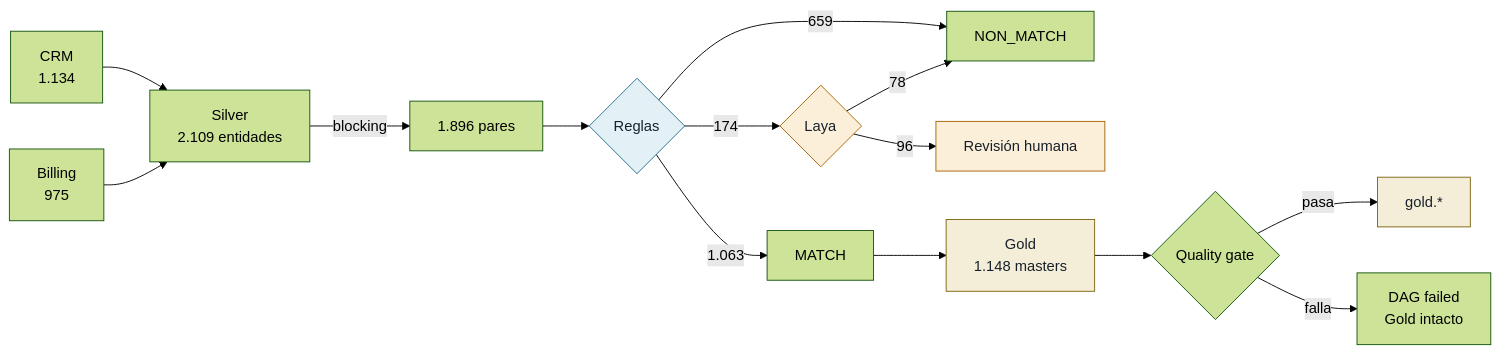
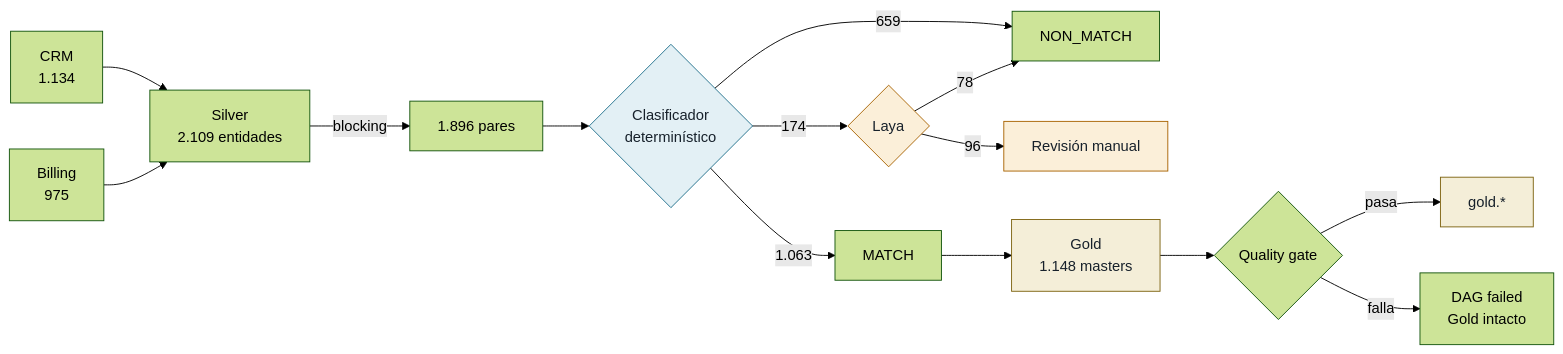
Before and after one commit to damian-bit/entity-resolution-poc: the first of 2 diagrams in README.md, drawn with Mermaid (forest theme). The commit also changed other lines of this file, not shown here.

````diff
--- a/README.md
+++ b/README.md
@@ -17,23 +26,23 @@
 ```mermaid
 flowchart LR
     CRM["CRM<br/>1.134"] --> S["Silver<br/>2.109 entidades"]
     BIL["Billing<br/>975"] --> S
     S -->|blocking| P["1.896 pares"]
-    P --> R{"Reglas"}
+    P --> R{"Clasificador<br/>determinístico"}
     R -->|1.063| M["MATCH"]
     R -->|659| N["NON_MATCH"]
     R -->|174| L{"Laya"}
     L -->|78| N
-    L -->|96| H["Revisión humana"]
+    L -->|96| H["Revisión manual"]
     M --> G["Gold<br/>1.148 masters"]
     G --> Q{"Quality gate"}
     Q -->|pasa| PUB["gold.*"]
     Q -->|falla| X["DAG failed<br/>Gold intacto"]
 
     classDef rules fill:#e3f0f5,stroke:#1f6f8b,color:#17212b
     classDef laya fill:#fbefd9,stroke:#a86300,color:#17212b
     classDef gold fill:#f4eed8,stroke:#7d6310,color:#17212b
     class R rules
     class L,H laya
     class G,PUB gold
 ```
````
